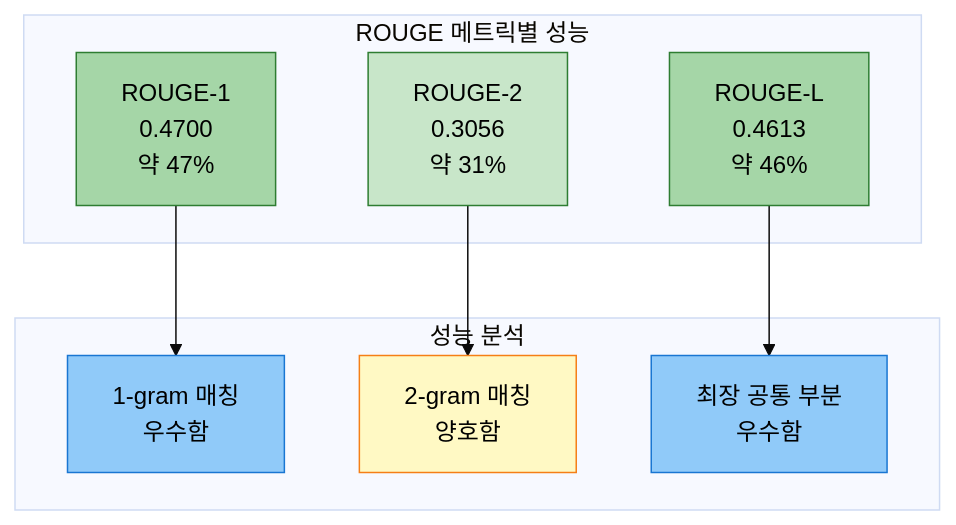
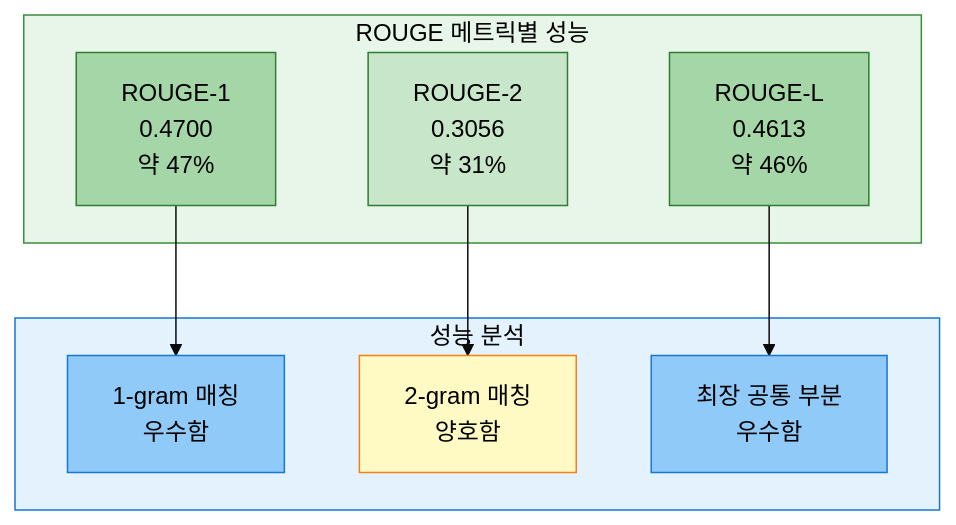
One commit to AIBootcamp14/naturallanguageprocessingcompetition-nlp-1 changed the tenth of 15 diagrams in docs/experiments/20251013_111525_strategy1_kobart_optimized_실험분석.md. Above: the diagram before and after it, drawn with Mermaid (base theme). The commit also changed other lines of this file, not shown here.

First line of the commit message:
fix: mermaid 다이어그램 스타일 완전 수정

````diff
--- a/docs/experiments/20251013_111525_strategy1_kobart_optimized_실험분석.md
+++ b/docs/experiments/20251013_111525_strategy1_kobart_optimized_실험분석.md
@@ -568,25 +597,28 @@
 ```mermaid
 graph TB
     subgraph Metrics["ROUGE 메트릭별 성능"]
         R1[ROUGE-1<br/>0.4700<br/>약 47%]
         R2[ROUGE-2<br/>0.3056<br/>약 31%]
         RL[ROUGE-L<br/>0.4613<br/>약 46%]
     end
 
     subgraph Analysis["성능 분석"]
         A1[1-gram 매칭<br/>우수함]
         A2[2-gram 매칭<br/>양호함]
         A3[최장 공통 부분<br/>우수함]
     end
 
     R1 --> A1
     R2 --> A2
     RL --> A3
 
+    style Metrics fill:#e8f5e9,stroke:#388e3c,color:#000
+    style Analysis fill:#e3f2fd,stroke:#1976d2,color:#000
+
     style R1 fill:#a5d6a7,stroke:#2e7d32,color:#000
     style R2 fill:#c8e6c9,stroke:#2e7d32,color:#000
     style RL fill:#a5d6a7,stroke:#2e7d32,color:#000
     style A1 fill:#90caf9,stroke:#1976d2,color:#000
     style A2 fill:#fff9c4,stroke:#f57f17,color:#000
     style A3 fill:#90caf9,stroke:#1976d2,color:#000
 ```
````
